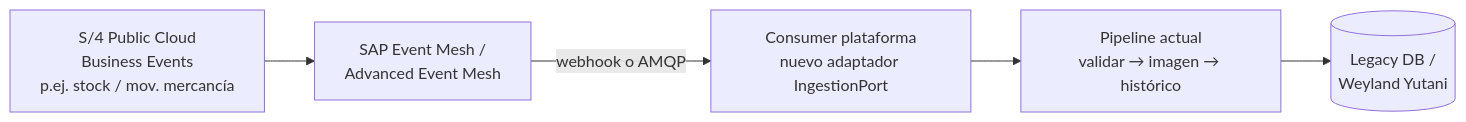
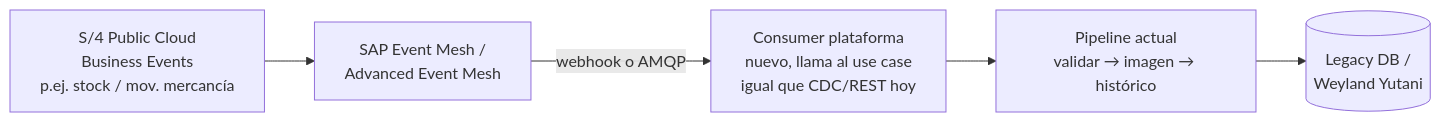
The fifth of 5 diagrams in docs/architecture/INTEGRATION-PATTERNS.md (xurxovega/poc-sap-integration-java), drawn with Mermaid before and after one commit. The commit also changed other lines of this file and 183 other files, not shown here.

````diff
--- a/docs/architecture/INTEGRATION-PATTERNS.md
+++ b/docs/architecture/INTEGRATION-PATTERNS.md
@@ -202,7 +222,7 @@
 ```mermaid
 flowchart LR
     S4[S/4 Public Cloud<br/>Business Events<br/>p.ej. stock / mov. mercancía] --> EM[SAP Event Mesh /<br/>Advanced Event Mesh]
-    EM -->|webhook o AMQP| IN[Consumer plataforma<br/>nuevo adaptador IngestionPort]
+    EM -->|webhook o AMQP| IN[Consumer plataforma<br/>nuevo, llama al use case<br/>igual que CDC/REST hoy]
     IN --> P[Pipeline actual<br/>validar → imagen → histórico]
     P --> LG[(Legacy DB /<br/>Weyland Yutani)]
 ```
````
